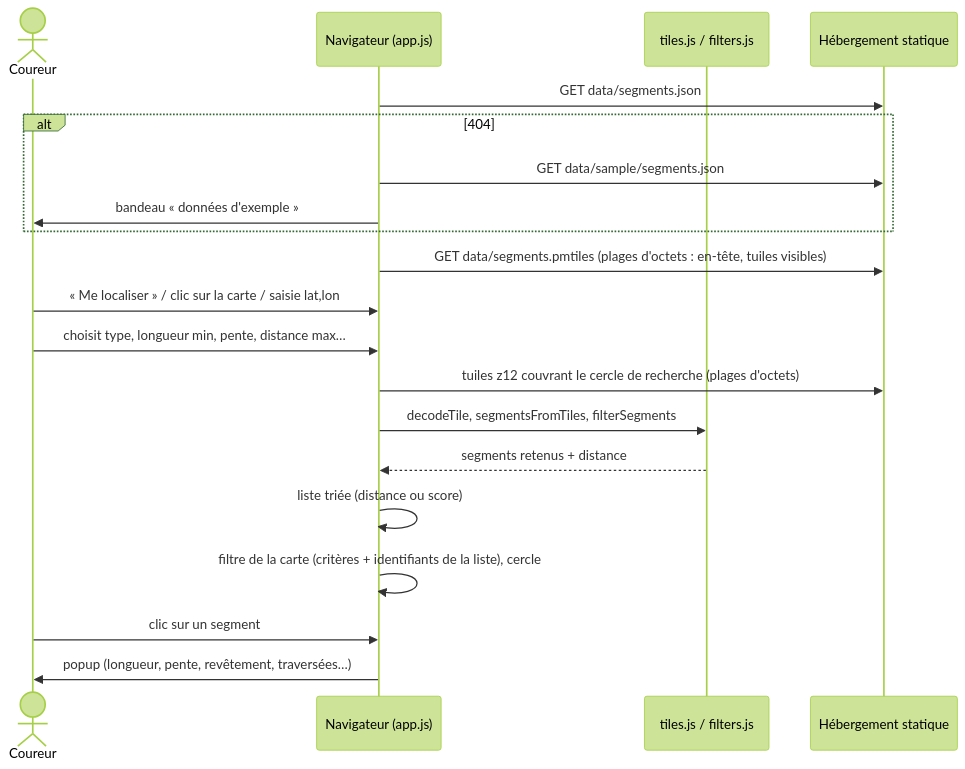
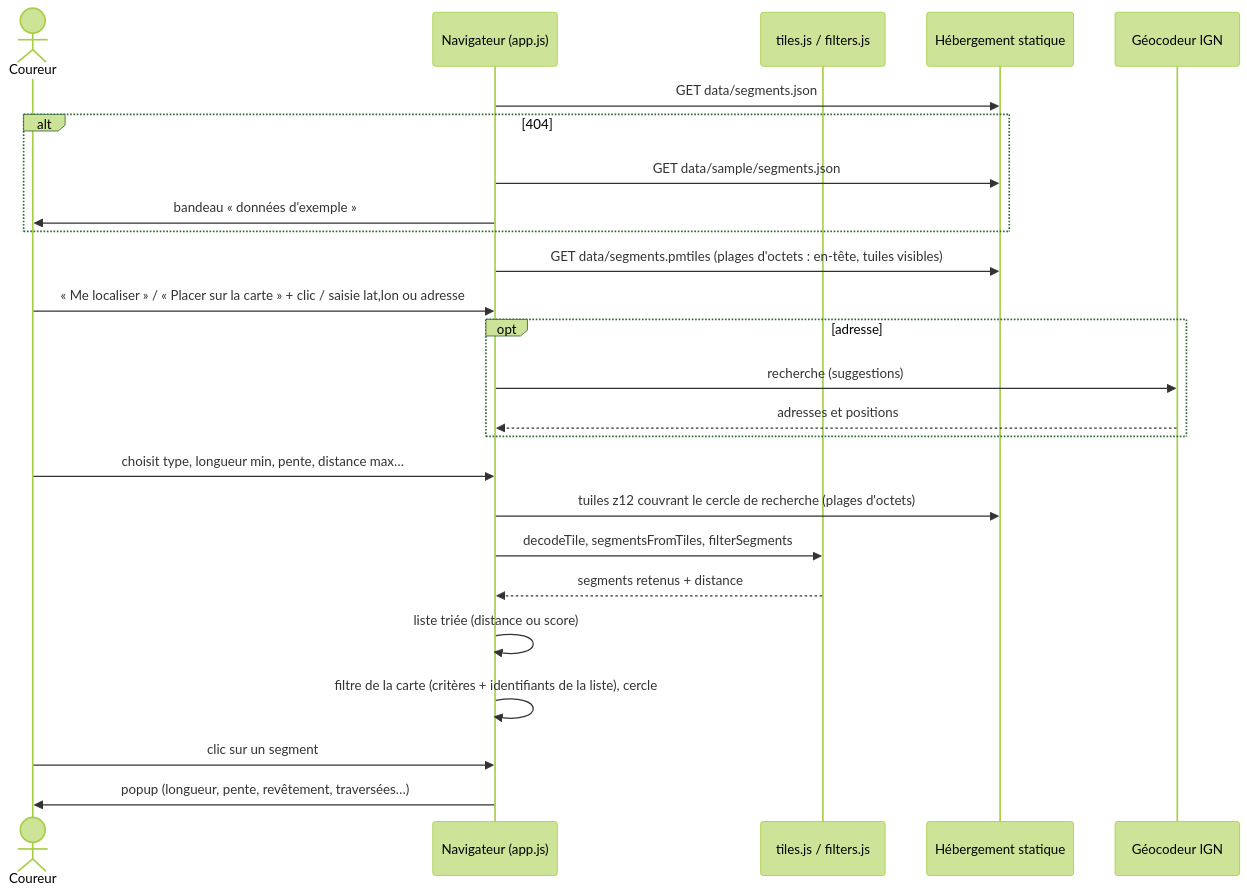
Before and after one commit to jsilobre/Flat-segments: the second of 4 diagrams in docs/architecture.md, drawn with Mermaid (forest theme). The commit also changed other lines of this file and 4 other files, not shown here.

````diff
--- a/docs/architecture.md
+++ b/docs/architecture.md
@@ -208,23 +217,28 @@
 ```mermaid
 sequenceDiagram
     actor U as Coureur
     participant B as Navigateur (app.js)
     participant T as tiles.js / filters.js
     participant S as Hébergement statique
+    participant G as Géocodeur IGN
 
     B->>S: GET data/segments.json
     alt 404
         B->>S: GET data/sample/segments.json
         B->>U: bandeau « données d'exemple »
     end
     B->>S: GET data/segments.pmtiles (plages d'octets : en-tête, tuiles visibles)
-    U->>B: « Me localiser » / clic sur la carte / saisie lat,lon
+    U->>B: « Me localiser » / « Placer sur la carte » + clic / saisie lat,lon ou adresse
+    opt adresse
+        B->>G: recherche (suggestions)
+        G-->>B: adresses et positions
+    end
     U->>B: choisit type, longueur min, pente, distance max…
     B->>S: tuiles z12 couvrant le cercle de recherche (plages d'octets)
     B->>T: decodeTile, segmentsFromTiles, filterSegments
     T-->>B: segments retenus + distance
     B->>B: liste triée (distance ou score)
     B->>B: filtre de la carte (critères + identifiants de la liste), cercle
     U->>B: clic sur un segment
     B->>U: popup (longueur, pente, revêtement, traversées…)
 ```
````
